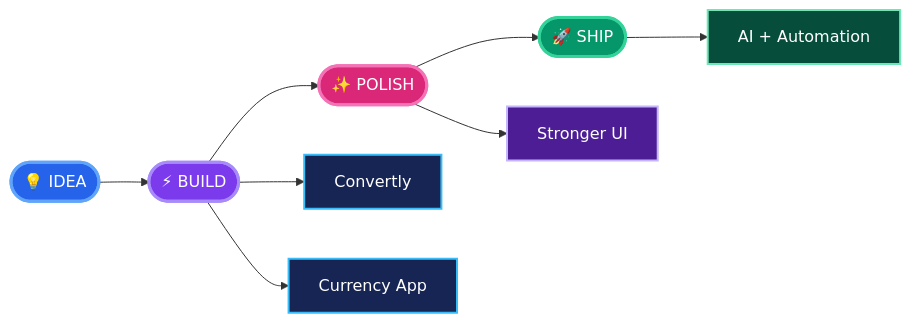
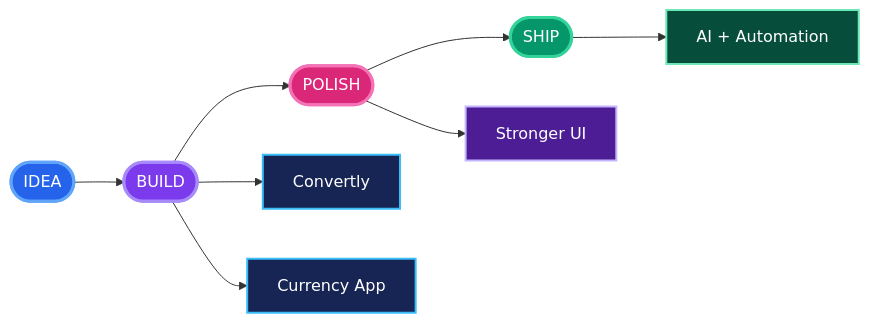
One commit to alebaqinduni/alebaqinduni changed the first of 4 diagrams in README.md. Above: the diagram before and after it, drawn with Mermaid. The commit also changed other lines of this file, not shown here.

````diff
--- a/README.md
+++ b/README.md
@@ -100,17 +100,17 @@
 ```mermaid
 flowchart LR
-    A([💡 IDEA]):::idea --> B([⚡ BUILD]):::build
-    B --> C([✨ POLISH]):::polish
-    C --> D([🚀 SHIP]):::ship
+    A([IDEA]):::idea --> B([BUILD]):::build
+    B --> C([POLISH]):::polish
+    C --> D([SHIP]):::ship
     B --> E[Convertly]:::project
     B --> F[Currency App]:::project
     C --> G[Stronger UI]:::future
     D --> H[AI + Automation]:::explore
     classDef idea fill:#2563EB,stroke:#60A5FA,color:#fff,stroke-width:3px;
     classDef build fill:#7C3AED,stroke:#A78BFA,color:#fff,stroke-width:3px;
     classDef polish fill:#DB2777,stroke:#F472B6,color:#fff,stroke-width:3px;
     classDef ship fill:#059669,stroke:#34D399,color:#fff,stroke-width:3px;
     classDef project fill:#172554,stroke:#38BDF8,color:#fff,stroke-width:2px;
     classDef future fill:#4C1D95,stroke:#C4B5FD,color:#fff,stroke-width:2px;
     classDef explore fill:#064E3B,stroke:#6EE7B7,color:#fff,stroke-width:2px;
 ```
````
